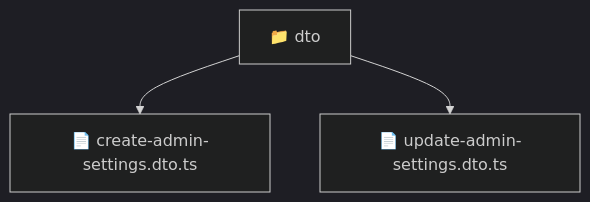
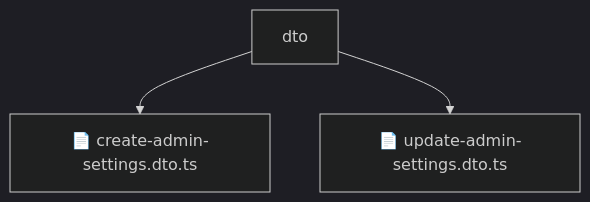
The diagram in backend/src/modules/admin-settings/presentation/dto/README.md (beginwebdev2002/fullstack-mavluda), drawn with Mermaid (dark theme) before and after one commit. The commit also changed other lines of this file and 155 other files, not shown here.

````diff
--- a/backend/src/modules/admin-settings/presentation/dto/README.md
+++ b/backend/src/modules/admin-settings/presentation/dto/README.md
@@ -10,6 +14,6 @@
 ```mermaid
 graph TD
-  Root["📁 dto"]
-  Root --> createadminsettingsdtots["📄 create-admin-settings.dto.ts"]
-  Root --> updateadminsettingsdtots["📄 update-admin-settings.dto.ts"]
+    Root[dto]
+    Root --> F0[📄 create-admin-settings.dto.ts]
+    Root --> F1[📄 update-admin-settings.dto.ts]
 ```
````
